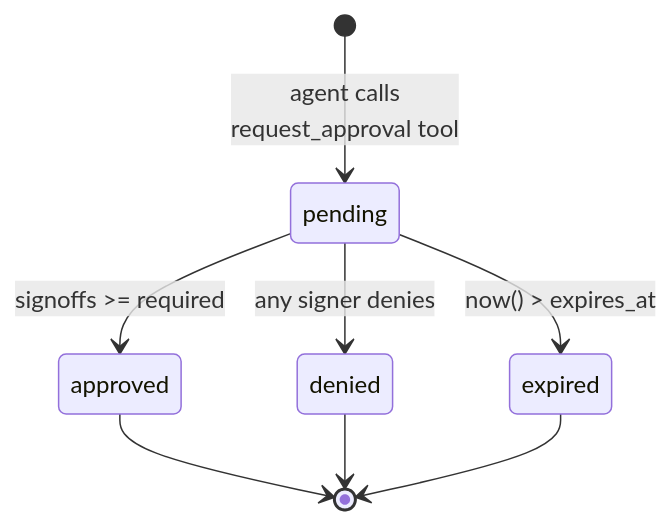
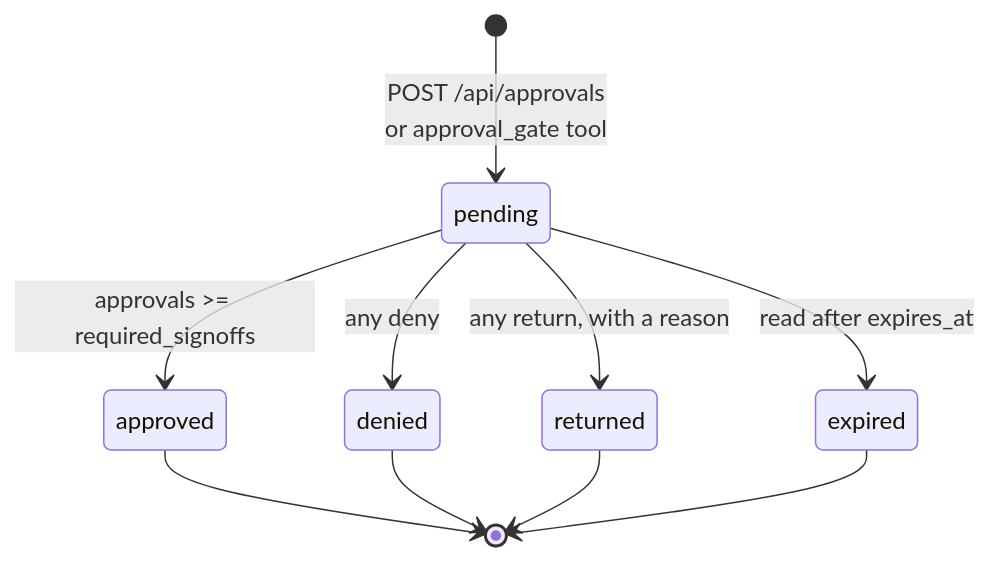
One commit to sarkar4777/abenix changed the second of 5 diagrams in apps/web/public/dev-docs/02-runtime/09-state-machines.md. Above: the diagram before and after it, drawn with Mermaid. The commit also changed other lines of this file and 288 other files, not shown here.

````diff
--- a/apps/web/public/dev-docs/02-runtime/09-state-machines.md
+++ b/apps/web/public/dev-docs/02-runtime/09-state-machines.md
@@ -74,10 +95,12 @@
 ```mermaid
 stateDiagram-v2
-  [*] --> pending: agent calls<br/>request_approval tool
-  pending --> approved: signoffs >= required
-  pending --> denied: any signer denies
-  pending --> expired: now() > expires_at
+  [*] --> pending: POST /api/approvals<br/>or approval_gate tool
+  pending --> approved: approvals >= required_signoffs
+  pending --> denied: any deny
+  pending --> returned: any return, with a reason
+  pending --> expired: read after expires_at
   approved --> [*]
   denied --> [*]
+  returned --> [*]
   expired --> [*]
 ```
````
